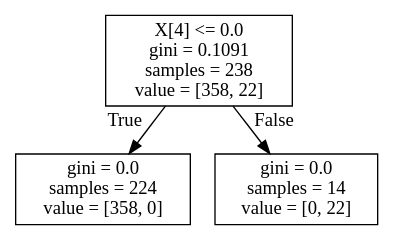
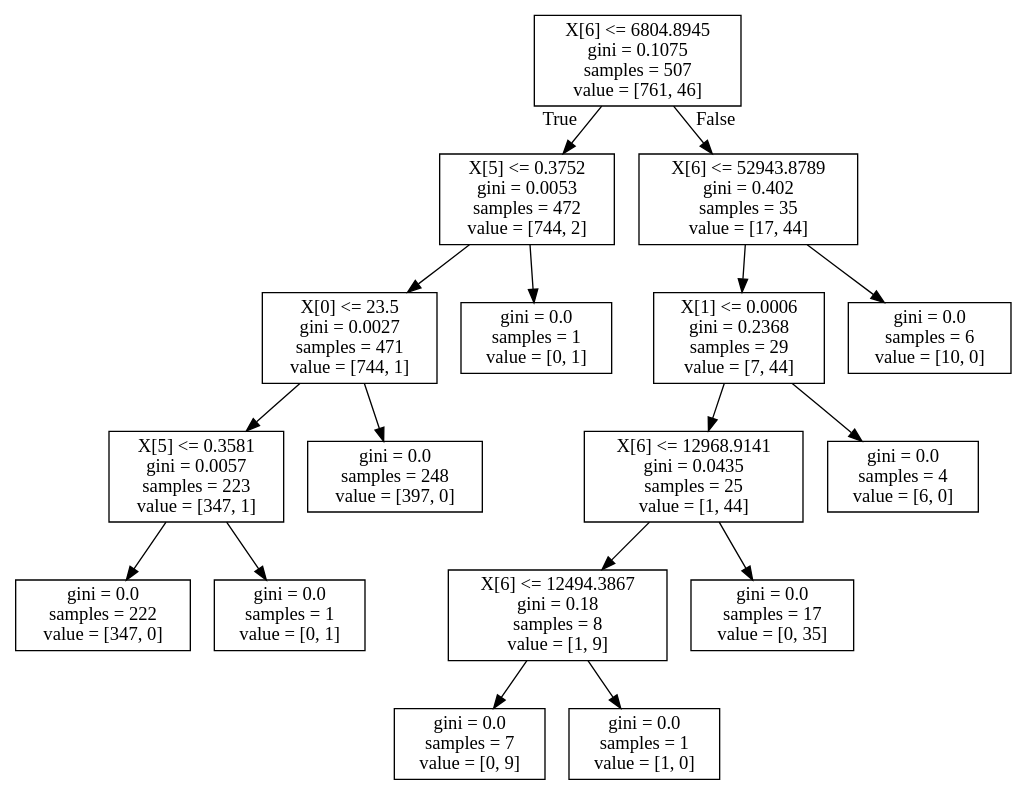
One commit to imwack/facebook changed the diagram in 2.dot. Above: the diagram before and after it, drawn with Graphviz. The commit also changed 18 other files, not shown here.

```diff
--- a/2.dot
+++ b/2.dot
@@ -1,8 +1,36 @@
 digraph Tree {
 node [shape=box] ;
-0 [label="X[4] <= 0.0\ngini = 0.1091\nsamples = 238\nvalue = [358, 22]"] ;
-1 [label="gini = 0.0\nsamples = 224\nvalue = [358, 0]"] ;
+0 [label="X[6] <= 6804.8945\ngini = 0.1075\nsamples = 507\nvalue = [761, 46]"] ;
+1 [label="X[5] <= 0.3752\ngini = 0.0053\nsamples = 472\nvalue = [744, 2]"] ;
 0 -> 1 [labeldistance=2.5, labelangle=45, headlabel="True"] ;
-2 [label="gini = 0.0\nsamples = 14\nvalue = [0, 22]"] ;
-0 -> 2 [labeldistance=2.5, labelangle=-45, headlabel="False"] ;
+2 [label="X[0] <= 23.5\ngini = 0.0027\nsamples = 471\nvalue = [744, 1]"] ;
+1 -> 2 ;
+3 [label="X[5] <= 0.3581\ngini = 0.0057\nsamples = 223\nvalue = [347, 1]"] ;
+2 -> 3 ;
+4 [label="gini = 0.0\nsamples = 222\nvalue = [347, 0]"] ;
+3 -> 4 ;
+5 [label="gini = 0.0\nsamples = 1\nvalue = [0, 1]"] ;
+3 -> 5 ;
+6 [label="gini = 0.0\nsamples = 248\nvalue = [397, 0]"] ;
+2 -> 6 ;
+7 [label="gini = 0.0\nsamples = 1\nvalue = [0, 1]"] ;
+1 -> 7 ;
+8 [label="X[6] <= 52943.8789\ngini = 0.402\nsamples = 35\nvalue = [17, 44]"] ;
+0 -> 8 [labeldistance=2.5, labelangle=-45, headlabel="False"] ;
+9 [label="X[1] <= 0.0006\ngini = 0.2368\nsamples = 29\nvalue = [7, 44]"] ;
+8 -> 9 ;
+10 [label="X[6] <= 12968.9141\ngini = 0.0435\nsamples = 25\nvalue = [1, 44]"] ;
+9 -> 10 ;
+11 [label="X[6] <= 12494.3867\ngini = 0.18\nsamples = 8\nvalue = [1, 9]"] ;
+10 -> 11 ;
+12 [label="gini = 0.0\nsamples = 7\nvalue = [0, 9]"] ;
+11 -> 12 ;
+13 [label="gini = 0.0\nsamples = 1\nvalue = [1, 0]"] ;
+11 -> 13 ;
+14 [label="gini = 0.0\nsamples = 17\nvalue = [0, 35]"] ;
+10 -> 14 ;
+15 [label="gini = 0.0\nsamples = 4\nvalue = [6, 0]"] ;
+9 -> 15 ;
+16 [label="gini = 0.0\nsamples = 6\nvalue = [10, 0]"] ;
+8 -> 16 ;
 }
```
